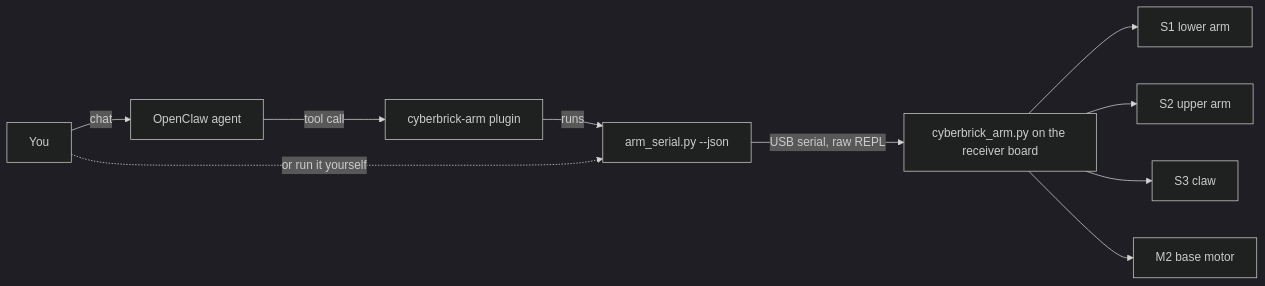
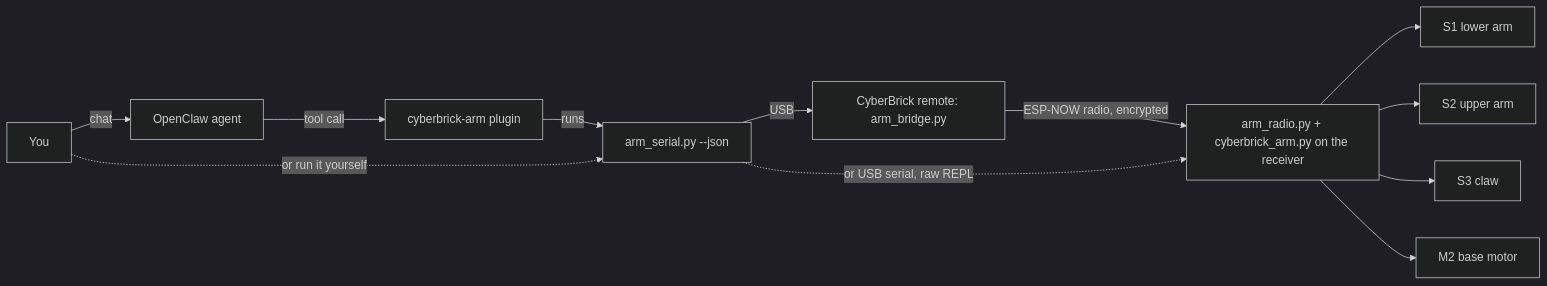
The diagram in README.md (bekindpleaserewind/cyberarm), drawn with Mermaid (dark theme) before and after one commit. The commit also changed other lines of this file and 14 other files, not shown here.

Commit message:
Update supporting both USB and wireless communication now!

````diff
--- a/README.md
+++ b/README.md
@@ -50,12 +59,14 @@
 ```mermaid
 flowchart LR
     U[You] -->|chat| A[OpenClaw agent]
     A -->|tool call| P[cyberbrick-arm plugin]
     P -->|runs| D[arm_serial.py --json]
     U -.->|or run it yourself| D
-    D -->|USB serial, raw REPL| B[cyberbrick_arm.py on the receiver board]
+    D -->|USB| R[CyberBrick remote: arm_bridge.py]
+    R -->|ESP-NOW radio, encrypted| B[arm_radio.py + cyberbrick_arm.py on the receiver]
+    D -.->|or USB serial, raw REPL| B
     B --> S1[S1 lower arm]
     B --> S2[S2 upper arm]
     B --> S3[S3 claw]
     B --> M2[M2 base motor]
 ```
````
